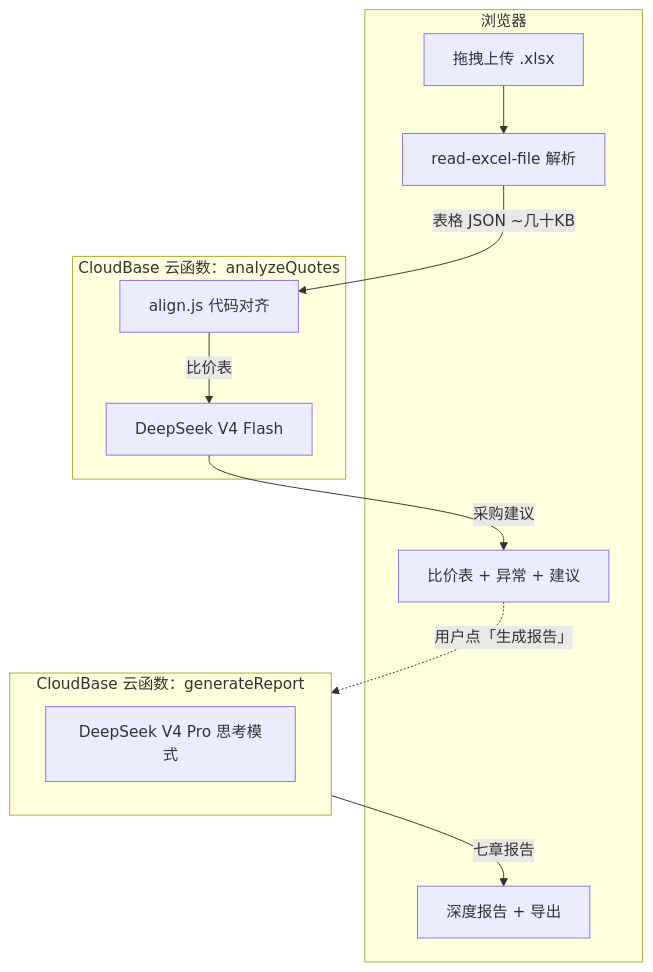
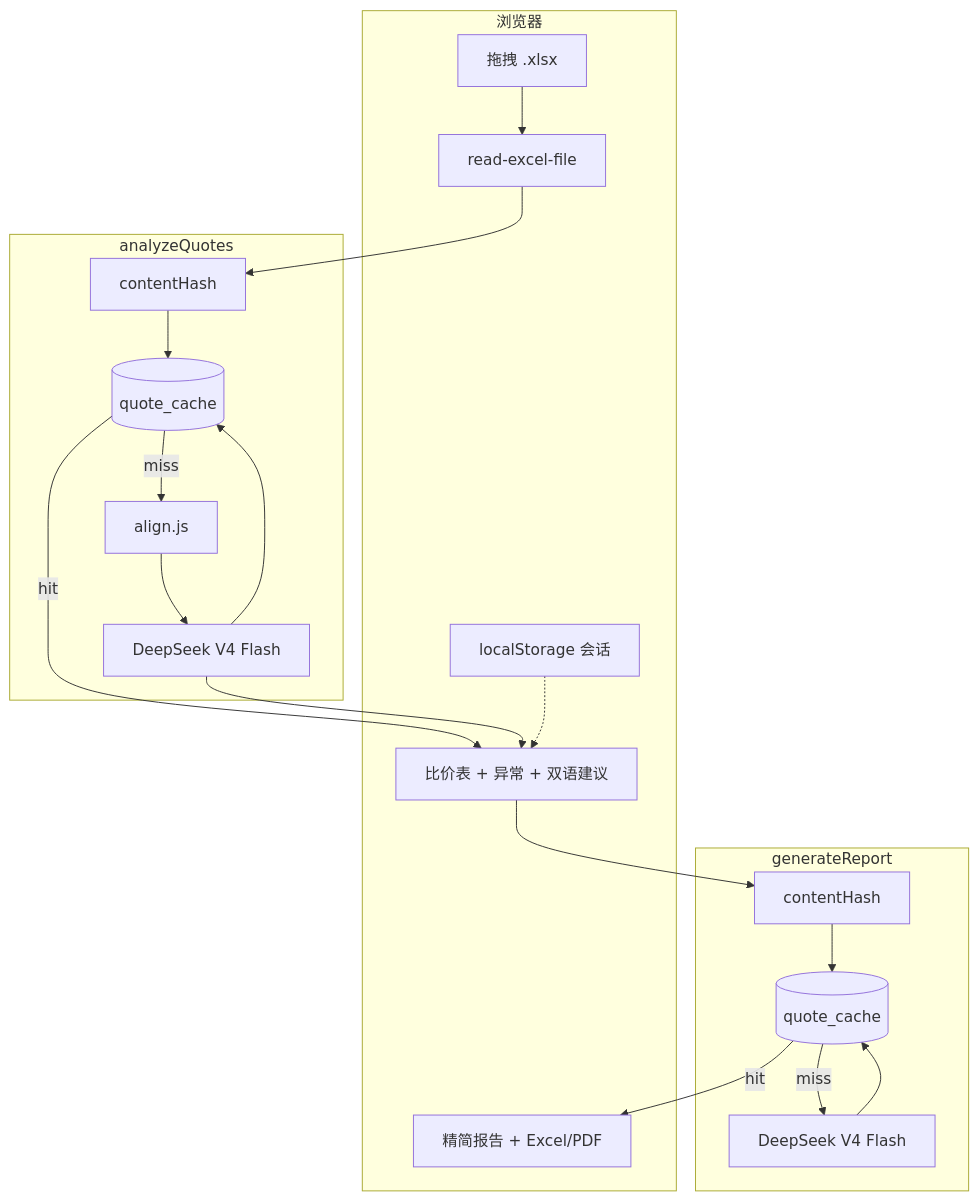
The first of 2 diagrams in quote-ai-demo/README.md (lipeiye/price_comparing), drawn with Mermaid before and after one commit. The commit also changed other lines of this file and 30 other files, not shown here.

First line of the commit message:
Ship Flash-only bilingual reports, 8-file limit, and contentHash cache

````diff
--- a/quote-ai-demo/README.md
+++ b/quote-ai-demo/README.md
@@ -123,25 +128,36 @@
 ```mermaid
 flowchart TB
     subgraph Browser["浏览器"]
-        Upload[拖拽上传 .xlsx]
-        Parse[read-excel-file 解析]
-        UI[比价表 + 异常 + 建议]
-        Report[深度报告 + 导出]
+        Upload[拖拽 .xlsx]
+        Parse[read-excel-file]
+        Session[localStorage 会话]
+        UI[比价表 + 异常 + 双语建议]
+        ReportUI[精简报告 + Excel/PDF]
     end
 
-    subgraph CF1["CloudBase 云函数：analyzeQuotes"]
-        Align[align.js 代码对齐]
+    subgraph CF1["analyzeQuotes"]
+        Hash1[contentHash]
+        Cache1[(quote_cache)]
+        Align[align.js]
         AI1[DeepSeek V4 Flash]
     end
 
-    subgraph CF2["CloudBase 云函数：generateReport"]
-        AI2[DeepSeek V4 Pro 思考模式]
+    subgraph CF2["generateReport"]
+        Hash2[contentHash]
+        Cache2[(quote_cache)]
+        AI2[DeepSeek V4 Flash]
     end
 
     Upload --> Parse
-    Parse -->|表格 JSON ~几十KB| Align
-    Align -->|比价表| AI1
-    AI1 -->|采购建议| UI
-    UI -.->|用户点「生成报告」| CF2
-    CF2 -->|七章报告| Report
+    Parse --> Hash1
+    Hash1 --> Cache1
+    Cache1 -->|miss| Align --> AI1
+    Cache1 -->|hit| UI
+    AI1 --> Cache1
+    AI1 --> UI
+    UI --> Hash2
+    Hash2 --> Cache2
+    Cache2 -->|miss| AI2 --> Cache2
+    Cache2 -->|hit| ReportUI
+    Session -.-> UI
 ```
````
